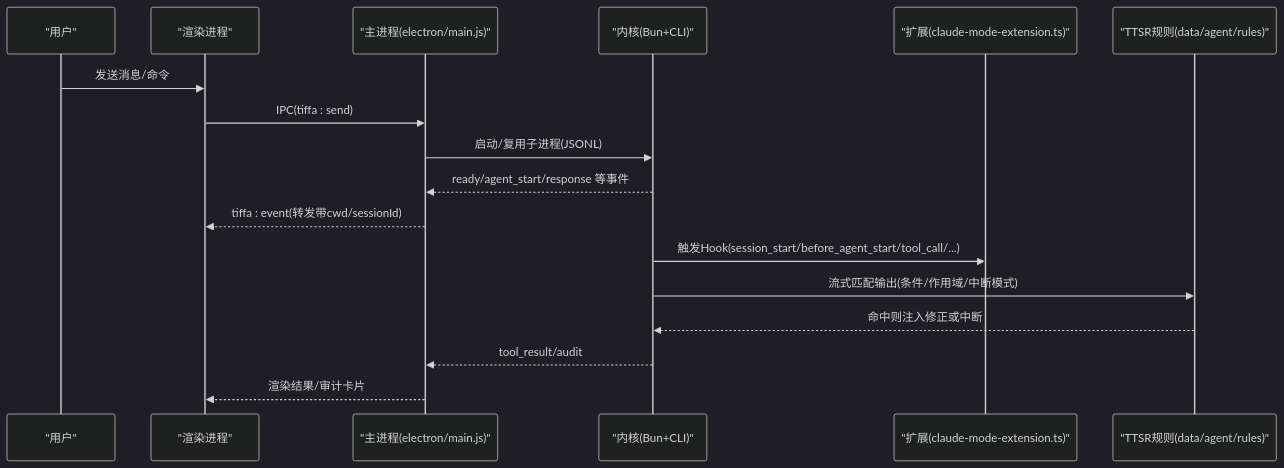
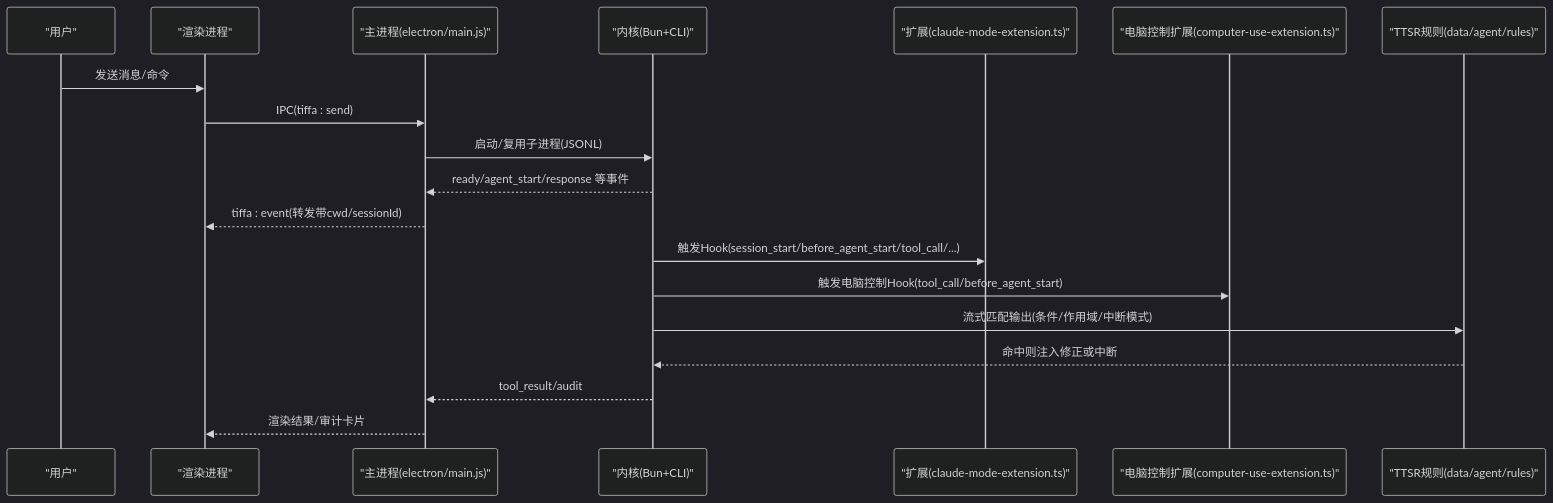
One commit to swond-Mao/Tiffa changed the second of 6 diagrams in .qoder/repowiki/zh/content/核心架构/扩展系统.md. Above: the diagram before and after it, drawn with Mermaid (dark theme). The commit also changed other lines of this file and 24 other files, not shown here.

````diff
--- a/.qoder/repowiki/zh/content/核心架构/扩展系统.md
+++ b/.qoder/repowiki/zh/content/核心架构/扩展系统.md
@@ -74,19 +87,21 @@
 ```mermaid
 sequenceDiagram
 participant U as "用户"
 participant R as "渲染进程"
 participant M as "主进程(electron/main.js)"
 participant K as "内核(Bun+CLI)"
 participant E as "扩展(claude-mode-extension.ts)"
+participant C as "电脑控制扩展(computer-use-extension.ts)"
 participant S as "TTSR规则(data/agent/rules)"
 U->>R : 发送消息/命令
 R->>M : IPC(tiffa : send)
 M->>K : 启动/复用子进程(JSONL)
 K-->>M : ready/agent_start/response 等事件
 M-->>R : tiffa : event(转发带cwd/sessionId)
 K->>E : 触发Hook(session_start/before_agent_start/tool_call/...)
+K->>C : 触发电脑控制Hook(tool_call/before_agent_start)
 K->>S : 流式匹配输出(条件/作用域/中断模式)
 S-->>K : 命中则注入修正或中断
 K-->>M : tool_result/audit
 M-->>R : 渲染结果/审计卡片
 ```
````
